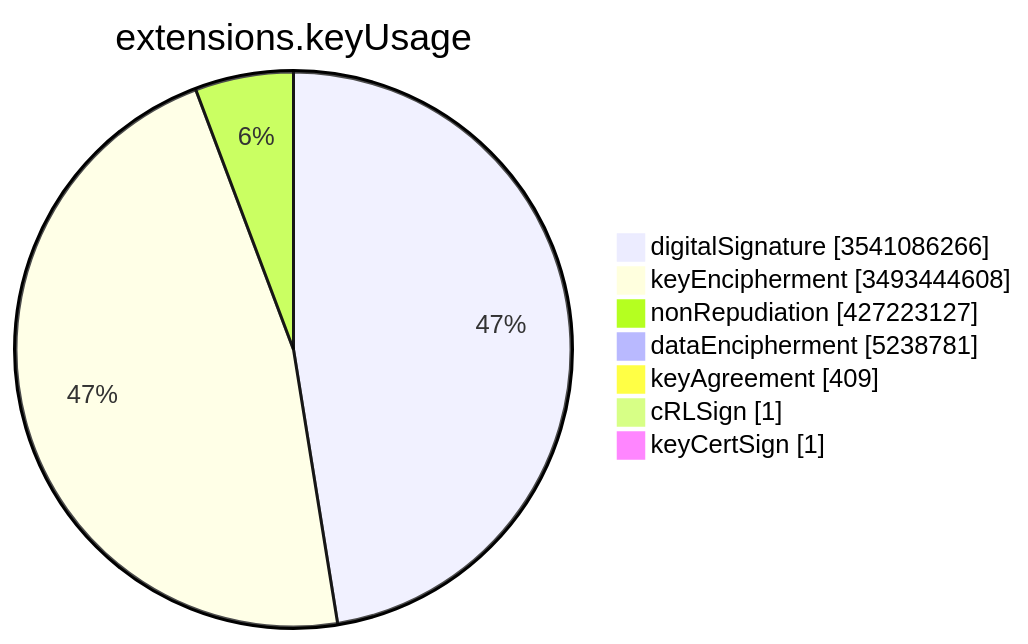
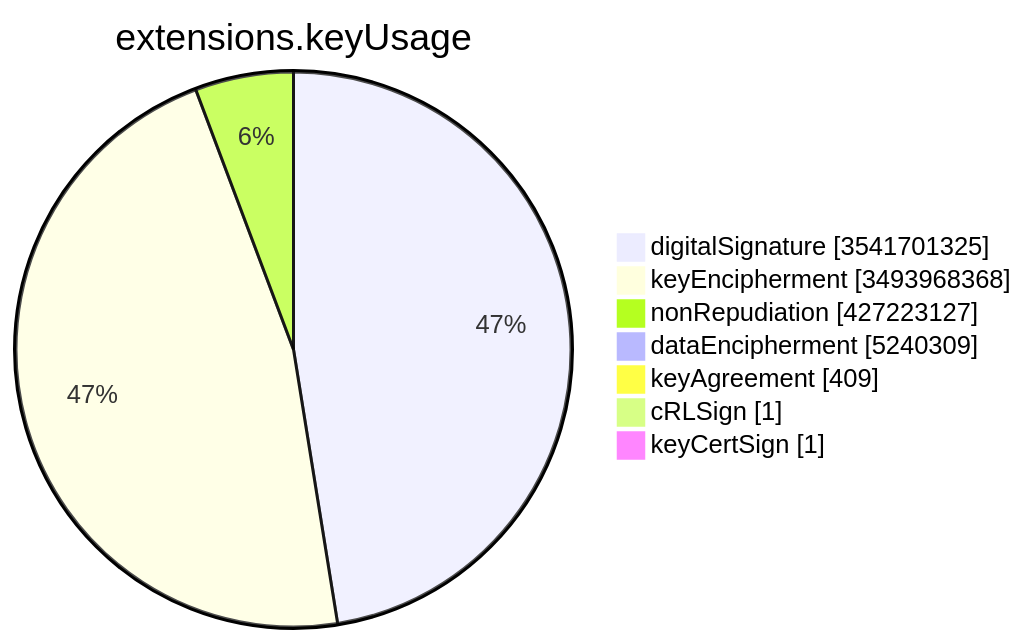
The sixth of 15 diagrams in TOTAL/README.md (christiankrug/ctmonitor_visualization), drawn with Mermaid before and after one commit. The commit also changed other lines of this file, not shown here.

````diff
--- a/TOTAL/README.md
+++ b/TOTAL/README.md
@@ -3083,11 +3083,11 @@
 ```mermaid
 pie showData
 title extensions.keyUsage
-"digitalSignature" :3541086266
-"keyEncipherment" :3493444608
+"digitalSignature" :3541701325
+"keyEncipherment" :3493968368
 "nonRepudiation" :427223127
-"dataEncipherment" :5238781
+"dataEncipherment" :5240309
 "keyAgreement" :409
 "cRLSign" :1
 "keyCertSign" :1
 ```
````
